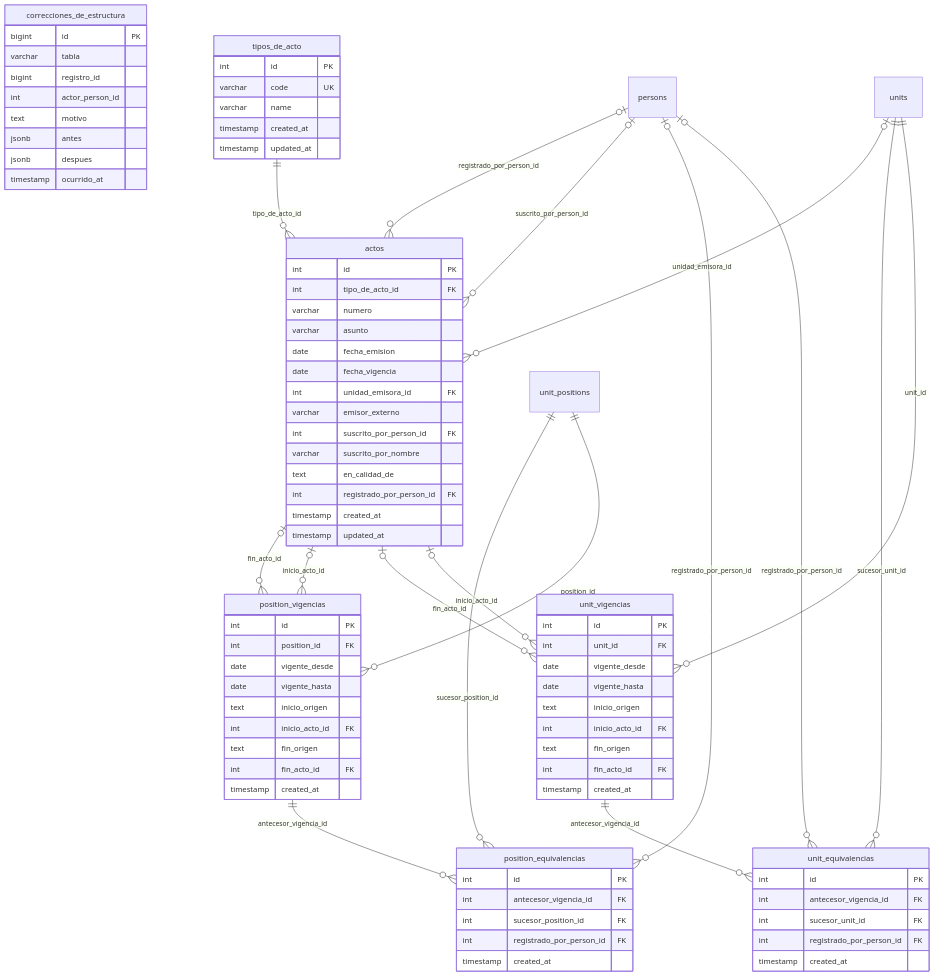
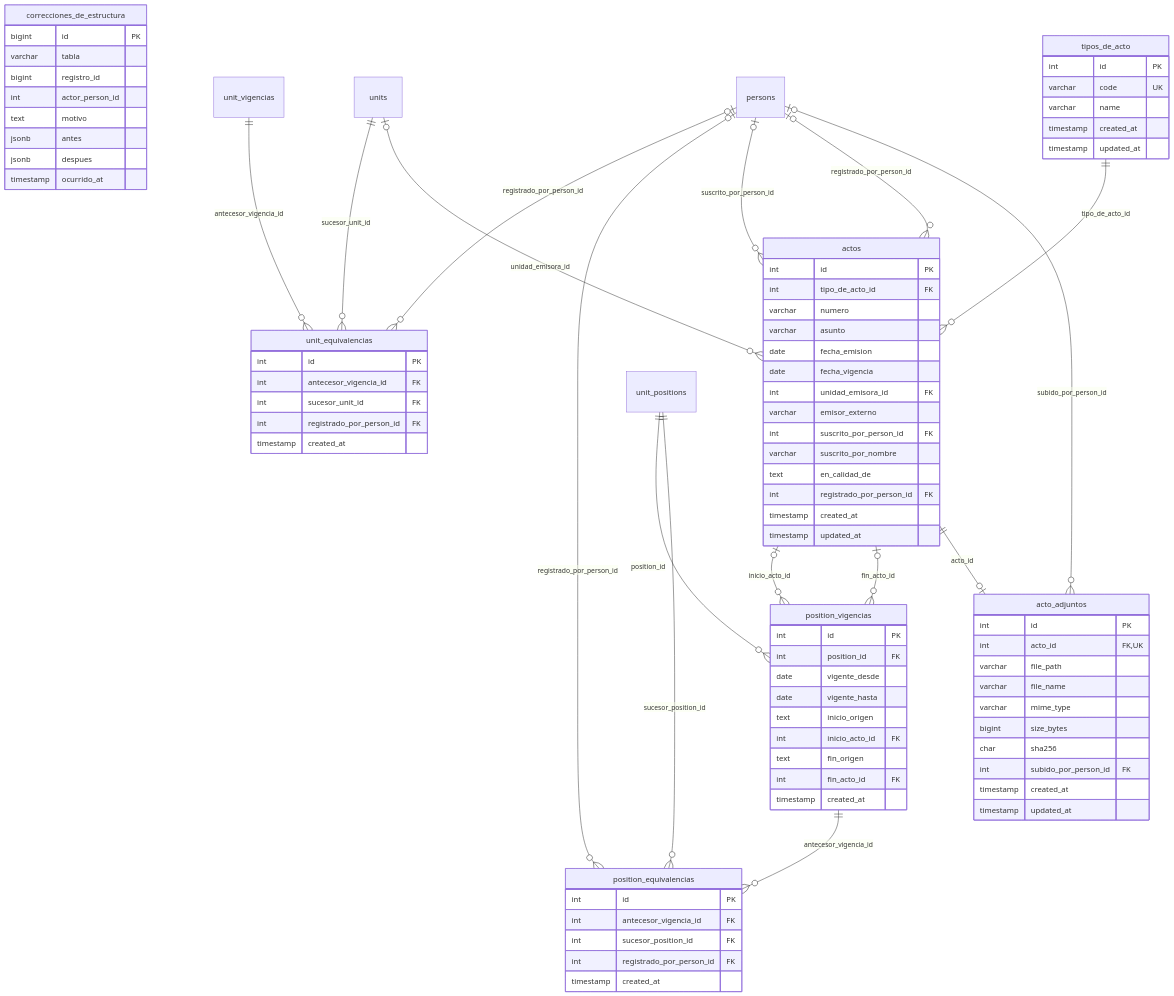
One commit to fresvel/deasy changed the second of 10 diagrams in docs/src/content/docs/modelo/mapa-con-campos.md. Above: the diagram before and after it, drawn with Mermaid. The commit also changed other lines of this file and 27 other files, not shown here.

First line of the commit message:
feat(estructura): a un acto externo se le adjunta su PDF, y el organigrama dice qué actos siguen sin documento

````diff
--- a/docs/src/content/docs/modelo/mapa-con-campos.md
+++ b/docs/src/content/docs/modelo/mapa-con-campos.md
@@ -150,17 +164,6 @@
 ```mermaid
 erDiagram
   %% generado por scripts/docs/gen-mapa-campos.mjs: no se edita a mano
-  unit_vigencias {
-    int id PK
-    int unit_id FK
-    date vigente_desde
-    date vigente_hasta
-    text inicio_origen
-    int inicio_acto_id FK
-    text fin_origen
-    int fin_acto_id FK
-    timestamp created_at
-  }
   correcciones_de_estructura {
     bigint id PK
     varchar tabla
@@ -219,6 +222,20 @@
     timestamp created_at
     timestamp updated_at
   }
+  acto_adjuntos {
+    int id PK
+    int acto_id FK, UK
+    varchar file_path
+    varchar file_name
+    varchar mime_type
+    bigint size_bytes
+    char sha256
+    int subido_por_person_id FK
+    timestamp created_at
+    timestamp updated_at
+  }
+  actos ||--o| acto_adjuntos : "acto_id"
+  persons |o--o{ acto_adjuntos : "subido_por_person_id"
   persons |o--o{ actos : "registrado_por_person_id"
   persons |o--o{ actos : "suscrito_por_person_id"
   tipos_de_acto ||--o{ actos : "tipo_de_acto_id"
@@ -232,7 +249,4 @@
   unit_vigencias ||--o{ unit_equivalencias : "antecesor_vigencia_id"
   persons |o--o{ unit_equivalencias : "registrado_por_person_id"
   units ||--o{ unit_equivalencias : "sucesor_unit_id"
-  actos |o--o{ unit_vigencias : "fin_acto_id"
-  actos |o--o{ unit_vigencias : "inicio_acto_id"
-  units ||--o{ unit_vigencias : "unit_id"
 ```
````
